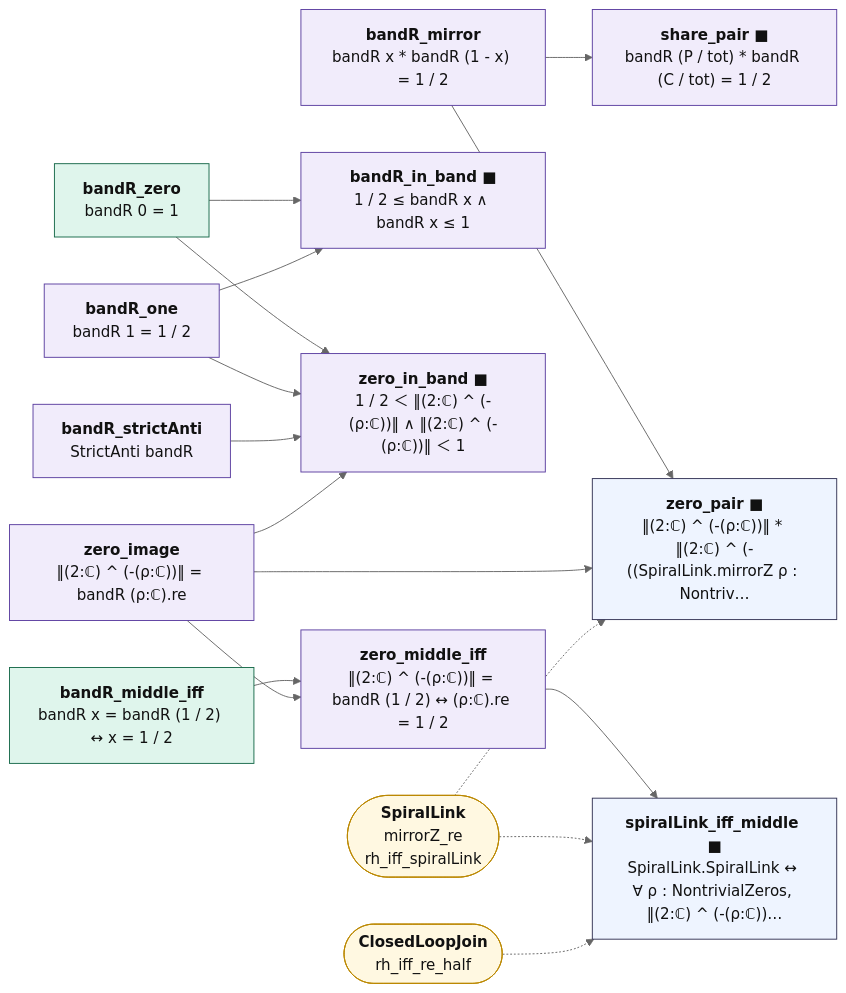
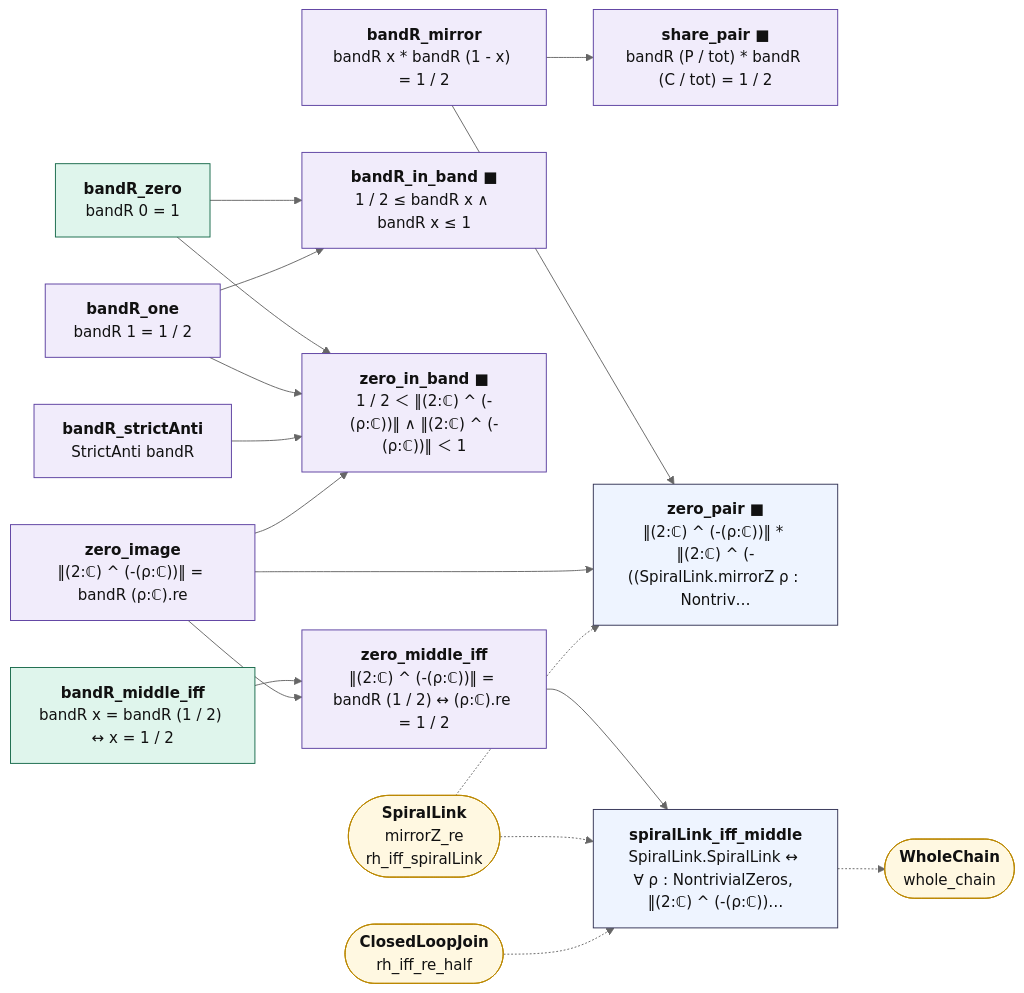
One commit to juliansambranojr/Primebeat_081426 changed the diagram in map/lean_stage3/BandJoin.md. Above: the diagram before and after it, drawn with Mermaid (neutral theme). The commit also changed other lines of this file and 57 other files, not shown here.

````diff
--- a/map/lean_stage3/BandJoin.md
+++ b/map/lean_stage3/BandJoin.md
@@ -14,40 +14,42 @@
 ```mermaid
 flowchart LR
   n0["<b>bandR_zero</b><br/>bandR 0 = 1"]:::cnt
   n1["<b>bandR_one</b><br/>bandR 1 = 1 / 2"]:::shp
   n2["<b>bandR_mirror</b><br/>bandR x * bandR (1 - x) = 1 / 2"]:::shp
   n3["<b>bandR_strictAnti</b><br/>StrictAnti bandR"]:::shp
   n4["<b>bandR_in_band ■</b><br/>1 / 2 ≤ bandR x ∧ bandR x ≤ 1"]:::shp
   n5["<b>bandR_middle_iff</b><br/>bandR x = bandR (1 / 2) ↔ x = 1 / 2"]:::cnt
   n6["<b>share_pair ■</b><br/>bandR (P / tot) * bandR (C / tot) = 1 / 2"]:::shp
   n7["<b>zero_image</b><br/>‖(2:ℂ) ^ (-(ρ:ℂ))‖ = bandR (ρ:ℂ).re"]:::shp
   n8["<b>zero_in_band ■</b><br/>1 / 2 ＜ ‖(2:ℂ) ^ (-(ρ:ℂ))‖ ∧ ‖(2:ℂ) ^ (-(ρ:ℂ))‖ ＜ 1"]:::shp
   n9["<b>zero_pair ■</b><br/>‖(2:ℂ) ^ (-(ρ:ℂ))‖ * ‖(2:ℂ) ^ (-((SpiralLink.mirrorZ ρ : Nontriv…"]:::thm
   n10["<b>zero_middle_iff</b><br/>‖(2:ℂ) ^ (-(ρ:ℂ))‖ = bandR (1 / 2) ↔ (ρ:ℂ).re = 1 / 2"]:::shp
-  n11["<b>spiralLink_iff_middle ■</b><br/>SpiralLink.SpiralLink ↔ ∀ ρ : NontrivialZeros, ‖(2:ℂ) ^ (-(ρ:ℂ))…"]:::thm
+  n11["<b>spiralLink_iff_middle</b><br/>SpiralLink.SpiralLink ↔ ∀ ρ : NontrivialZeros, ‖(2:ℂ) ^ (-(ρ:ℂ))…"]:::thm
   x0(["<b>SpiralLink</b><br/>mirrorZ_re<br/>rh_iff_spiralLink"]):::ext
   x1(["<b>ClosedLoopJoin</b><br/>rh_iff_re_half"]):::ext
+  x2(["<b>WholeChain</b><br/>whole_chain"]):::ext
   n0 --> n4
   n0 --> n8
   n1 --> n4
   n1 --> n8
   n10 --> n11
   n2 --> n6
   n2 --> n9
   n3 --> n8
   n5 --> n10
   n7 --> n10
   n7 --> n8
   n7 --> n9
+  n11 -.-> x2
   x0 -.-> n11
   x0 -.-> n9
   x1 -.-> n11
   classDef cnt fill:#dff5ec,stroke:#17694a,color:#111
   classDef shp fill:#f1ecfb,stroke:#5b3fa0,color:#111
   classDef rh fill:#ffe5e5,stroke:#c22,color:#111,stroke-width:2px
   classDef thm fill:#eef4ff,stroke:#335,color:#111
   classDef end_ fill:#e7f7e7,stroke:#2a7,color:#111,stroke-width:2px
   classDef lone fill:#fff,stroke:#999,color:#111,stroke-dasharray:4 3
   classDef bad fill:#ffe5e5,stroke:#c22,color:#111,stroke-width:2px
   classDef ext fill:#fff8e1,stroke:#b80,color:#111
 ```
````
